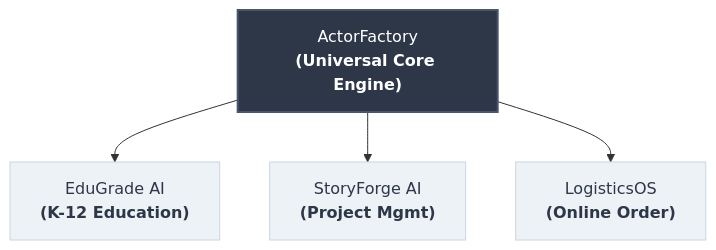
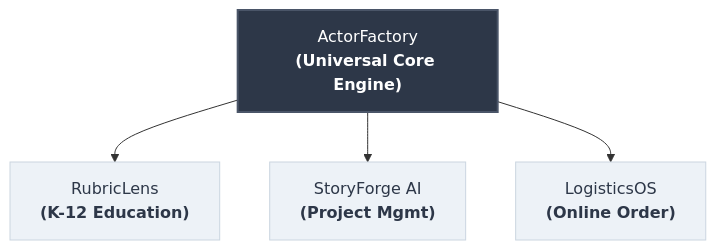
One commit to petergdoyle/actor-factory changed the diagram in README.md. Above: the diagram before and after it, drawn with Mermaid.

Commit message:
docs: rename EduGrade AI to RubricLens in architecture diagram

````diff
--- a/README.md
+++ b/README.md
@@ -13,20 +13,20 @@
 ```mermaid
 flowchart TD
     %% Nodes
     Core["ActorFactory<br/><b>(Universal Core Engine)</b>"]
     
-    Edu["EduGrade AI<br/><b>(K-12 Education)</b>"]
+    Edu["RubricLens<br/><b>(K-12 Education)</b>"]
     Story["StoryForge AI<br/><b>(Project Mgmt)</b>"]
     Log["LogisticsOS<br/><b>(Online Order)</b>"]
 
     %% Relationships
     Core --> Edu
     Core --> Story
     Core --> Log
 
     %% Styling
     style Core fill:#2d3748,stroke:#4a5568,stroke-width:2px,color:#fff
     style Edu fill:#edf2f7,stroke:#cbd5e0,stroke-width:1px,color:#2d3748
     style Story fill:#edf2f7,stroke:#cbd5e0,stroke-width:1px,color:#2d3748
     style Log fill:#edf2f7,stroke:#cbd5e0,stroke-width:1px,color:#2d3748
 ```
````
